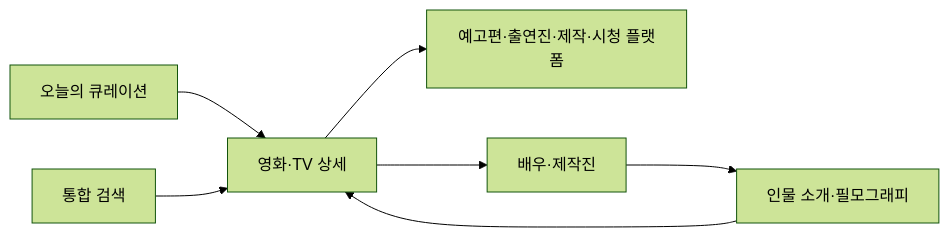
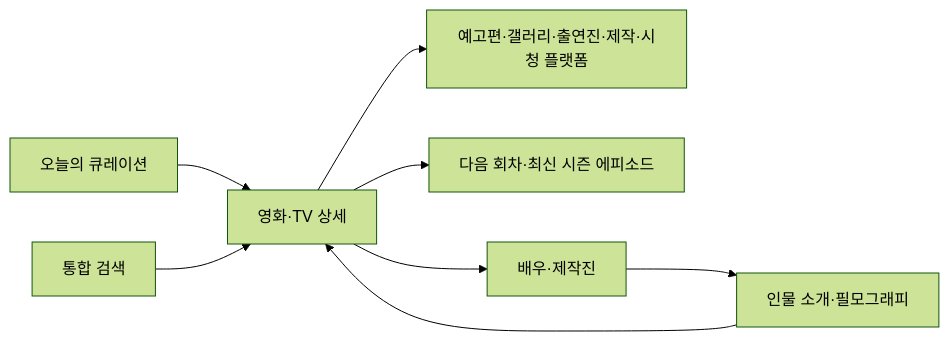
One commit to starhn87/jimmyflix_v2.0 changed the diagram in README.md. Above: the diagram before and after it, drawn with Mermaid (forest theme). The commit also changed other lines of this file and 13 other files, not shown here.

````diff
--- a/README.md
+++ b/README.md
@@ -74,9 +74,10 @@
 ```mermaid
 flowchart LR
   A[오늘의 큐레이션] --> C[영화·TV 상세]
   B[통합 검색] --> C
-  C --> D[예고편·출연진·제작·시청 플랫폼]
+  C --> D[예고편·갤러리·출연진·제작·시청 플랫폼]
+  C --> G[다음 회차·최신 시즌 에피소드]
   C --> E[배우·제작진]
   E --> F[인물 소개·필모그래피]
   F --> C
 ```
````
